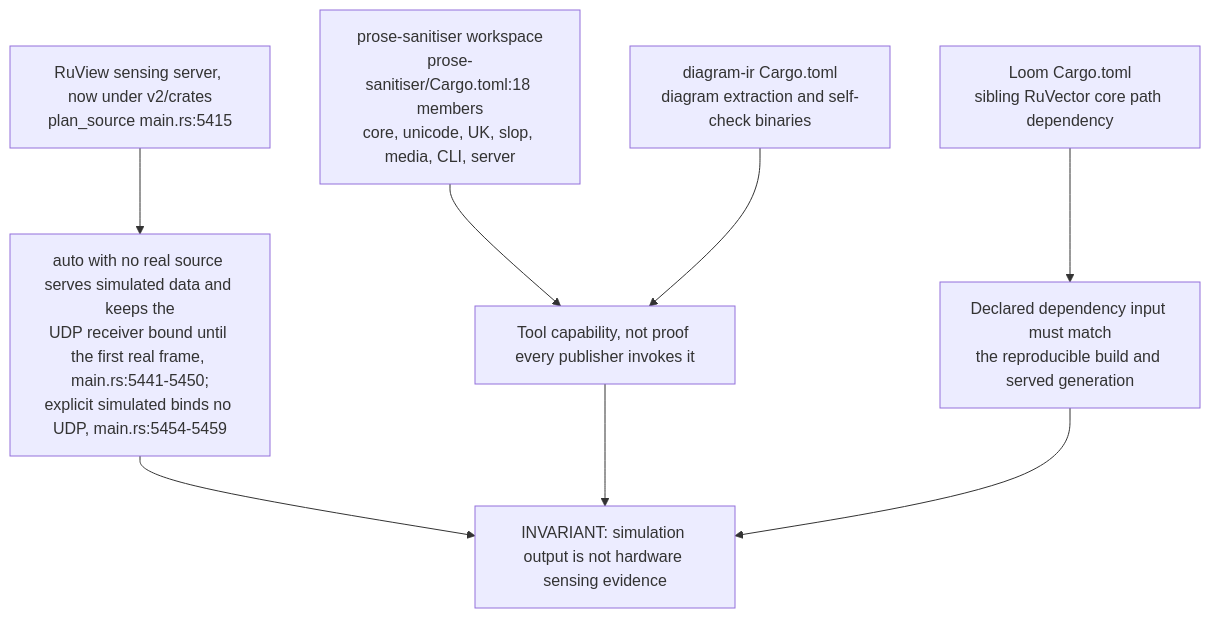
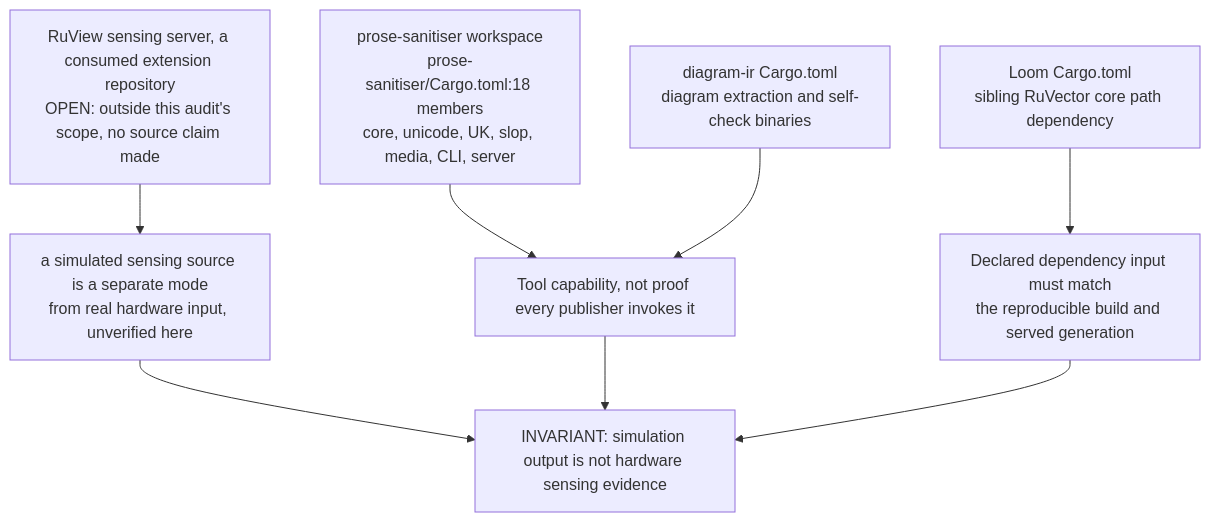
The fourth of 5 diagrams in docs/diagrams/estate/90-evidence-and-supporting-repositories.md (DreamLab-AI/VisionFlow), drawn with Mermaid before and after one commit. The commit also changed other lines of this file and 91 other files, not shown here.

First line of the commit message:
docs(audit): estate audit wave 2, every repository except agentbox and VisionClaw

````diff
--- a/docs/diagrams/estate/90-evidence-and-supporting-repositories.md
+++ b/docs/diagrams/estate/90-evidence-and-supporting-repositories.md
@@ -94,10 +93,10 @@
 ```mermaid
 flowchart TB
     PS["prose-sanitiser workspace<br/>prose-sanitiser/Cargo.toml:18 members<br/>core, unicode, UK, slop, media, CLI, server"] --> PT["Tool capability, not proof every publisher invokes it"]
     DI["diagram-ir Cargo.toml<br/>diagram extraction and self-check binaries"] --> PT
     L["Loom Cargo.toml<br/>sibling RuVector core path dependency"] --> INPUT["Declared dependency input must match<br/>the reproducible build and served generation"]
-    RV["RuView sensing server, now under v2/crates<br/>plan_source main.rs:5415"] --> SIM["auto with no real source serves simulated data and keeps the<br/>UDP receiver bound until the first real frame, main.rs:5441-5450;<br/>explicit simulated binds no UDP, main.rs:5454-5459"]
+    RV["RuView sensing server, a consumed extension repository<br/>OPEN: outside this audit's scope, no source claim made"] --> SIM["a simulated sensing source is a separate mode<br/>from real hardware input, unverified here"]
     SIM --> BOUND["INVARIANT: simulation output is not hardware sensing evidence"]
     PT --> BOUND
     INPUT --> BOUND
 ```
````
